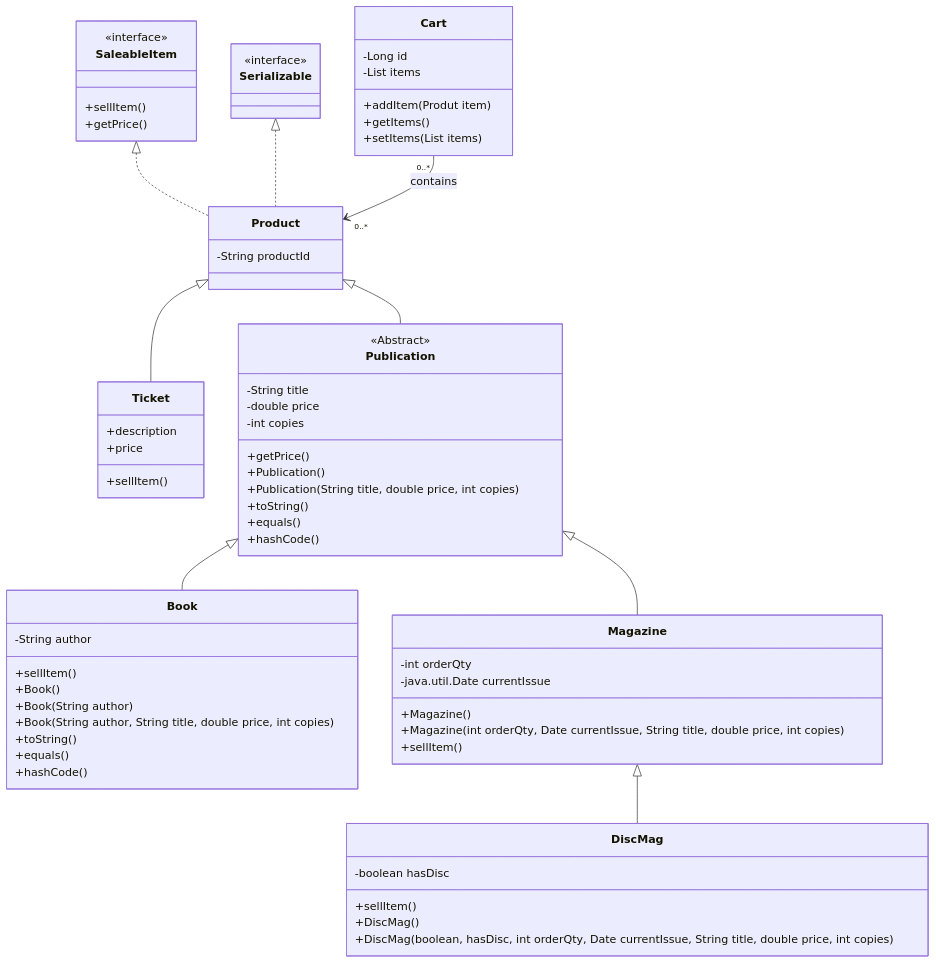
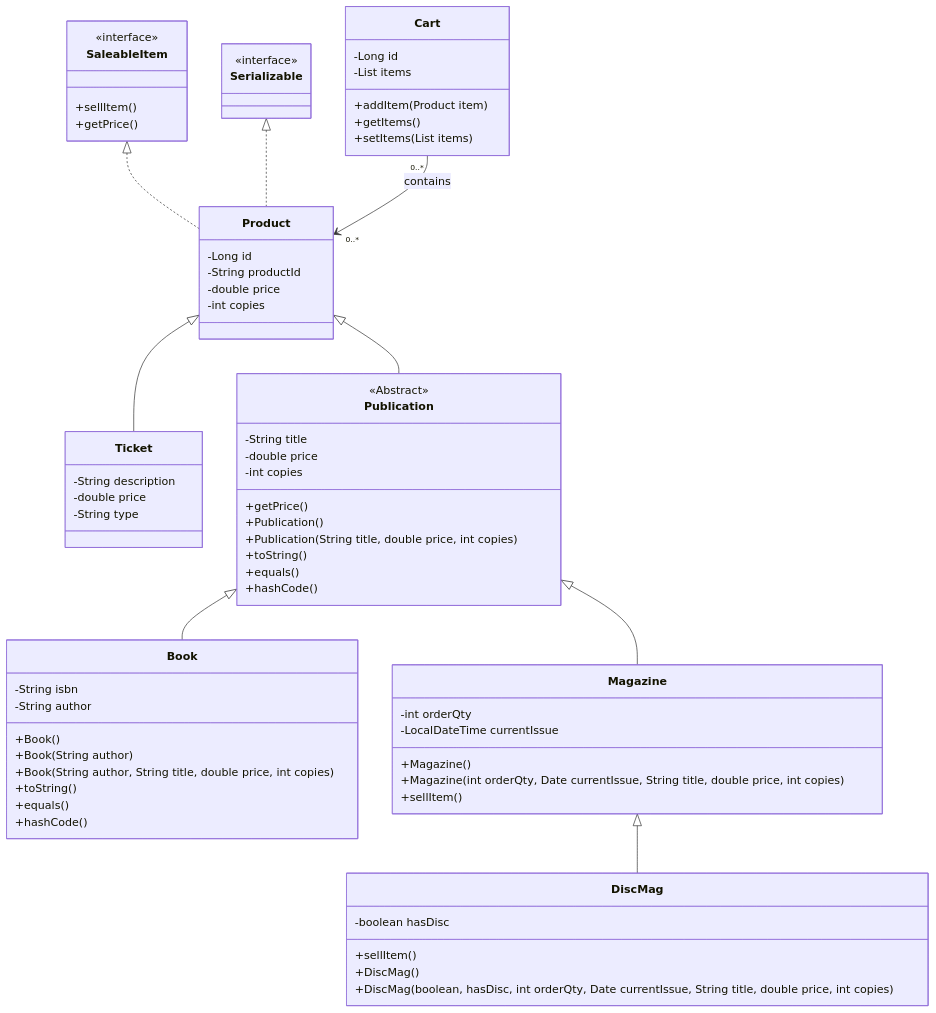
The diagram in documentation/bookstore.f25-2025-11-17-211001.mmd (hannacollegeCA/csd230_w26.lab1.BarbaraHanna), drawn with Mermaid before and after one commit. The commit also changed 13 other files, not shown here.

```diff
--- a/documentation/bookstore.f25-2025-11-17-211001.mmd
+++ b/documentation/bookstore.f25-2025-11-17-211001.mmd
@@ -1,84 +1,88 @@
 classDiagram
 
     Product <|--Ticket
     Product <|--Publication
     Publication <|-- Book
     Publication <|-- Magazine
     Magazine <|-- DiscMag
     SaleableItem <|.. Product
     Serializable <|.. Product
     Cart "0..*" --> "0..*" Product : contains
 
 
     class Product{
+        -Long id
         -String productId
+        -double price
+        -int copies
     }
 
     class Serializable{
         <<interface>>
     }
-    class Ticket{
-        +description
-        +price
-        +sellItem()
-    }
 
     class Cart{
         -Long id
         -List items
-        +addItem(Produt item)
+        +addItem(Product item)
         +getItems()
         +setItems(List items)
     }
 
 
     class Publication{
         <<Abstract>>
         -String title
         -double price
         -int copies
         +getPrice()
 
         +Publication()
         +Publication(String title, double price, int copies)
         +toString()
         +equals()
         +hashCode()
 
     }
     class Book{
+        -String isbn
         -String author
-        +sellItem()
 
         +Book()
         +Book(String author)
         +Book(String author, String title, double price, int copies)
         +toString()
         +equals()
         +hashCode()
 
     }
     class Magazine{
         -int orderQty
-        -java.util.Date currentIssue
+        -LocalDateTime currentIssue
 
         +Magazine()
         +Magazine(int orderQty, Date currentIssue, String title, double price, int copies)
 
         +sellItem()
     }
     class DiscMag{
         -boolean hasDisc
         +sellItem()
 
         +DiscMag()
         +DiscMag(boolean, hasDisc, int orderQty, Date currentIssue, String title, double price, int copies)
 
     }
 
     class SaleableItem {
         <<interface>>
         +sellItem()
         +getPrice()
 
     }
+
+    class Ticket {
+    -String description
+    -double price
+    -String type
+    }
```
